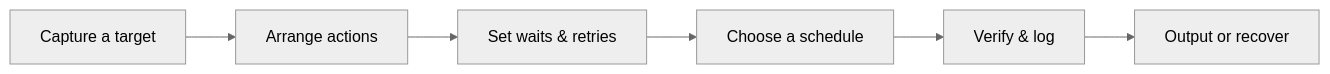
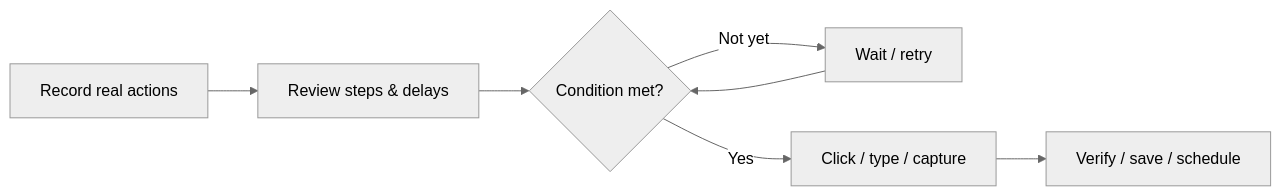
Before and after one commit to bggg-gizmo/taskrunner: the diagram in README.md, drawn with Mermaid (neutral theme). The commit also changed other lines of this file and 97 other files, not shown here.

Commit message:
Release Task Runner v1.3.0: record/replay, visual triggers, live capture, installer and archived v1.2.1 source

````diff
--- a/README.md
+++ b/README.md
@@ -33,8 +25,9 @@
 ```mermaid
 flowchart LR
-    A["Capture a target"] --> B["Arrange actions"]
-    B --> C["Set waits & retries"]
-    C --> D["Choose a schedule"]
-    D --> E["Verify & log"]
-    E --> F["Output or recover"]
+  A[Record real actions] --> B[Review steps & delays]
+  B --> C{Condition met?}
+  C -- Not yet --> D[Wait / retry]
+  D --> C
+  C -- Yes --> E[Click / type / capture]
+  E --> F[Verify / save / schedule]
 ```
````
